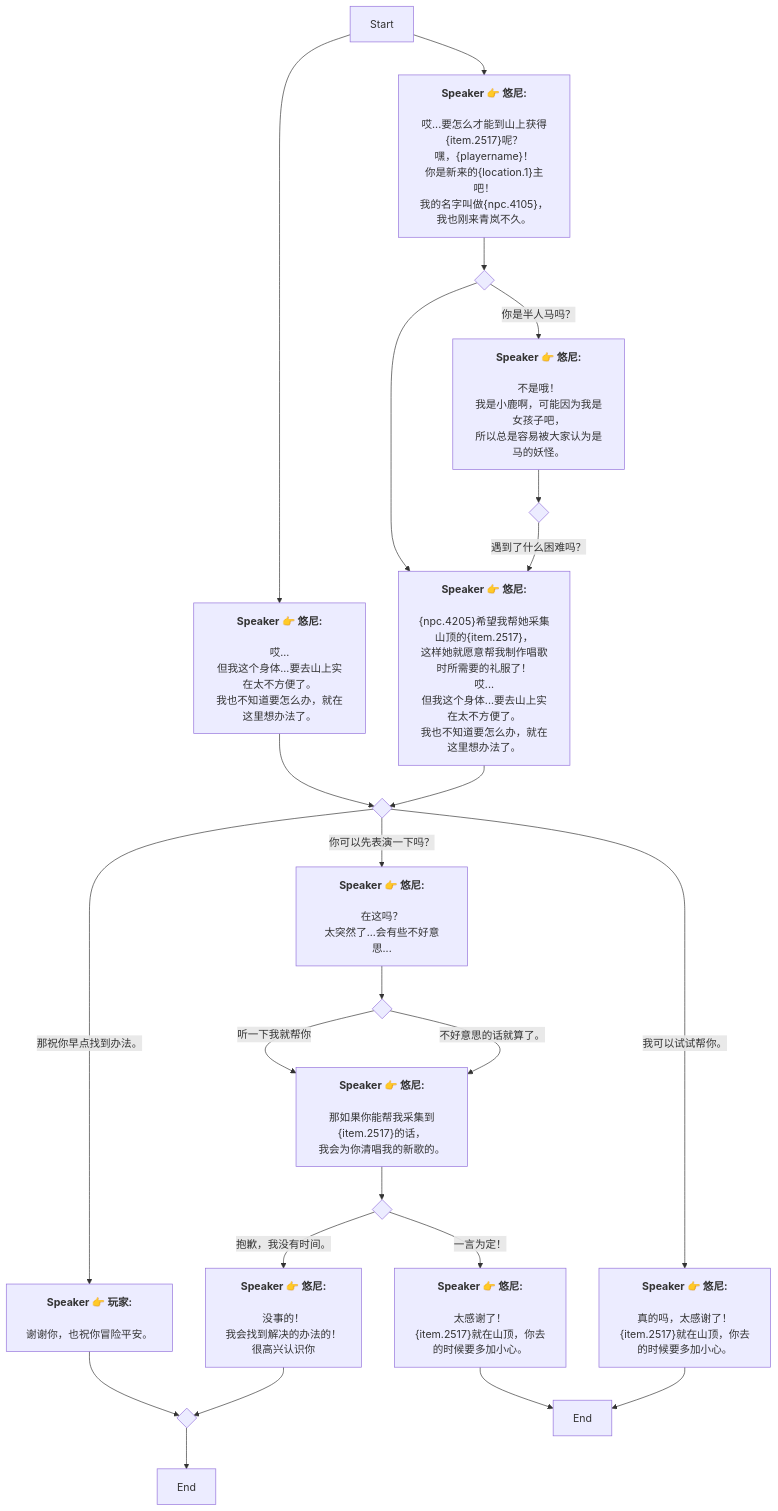
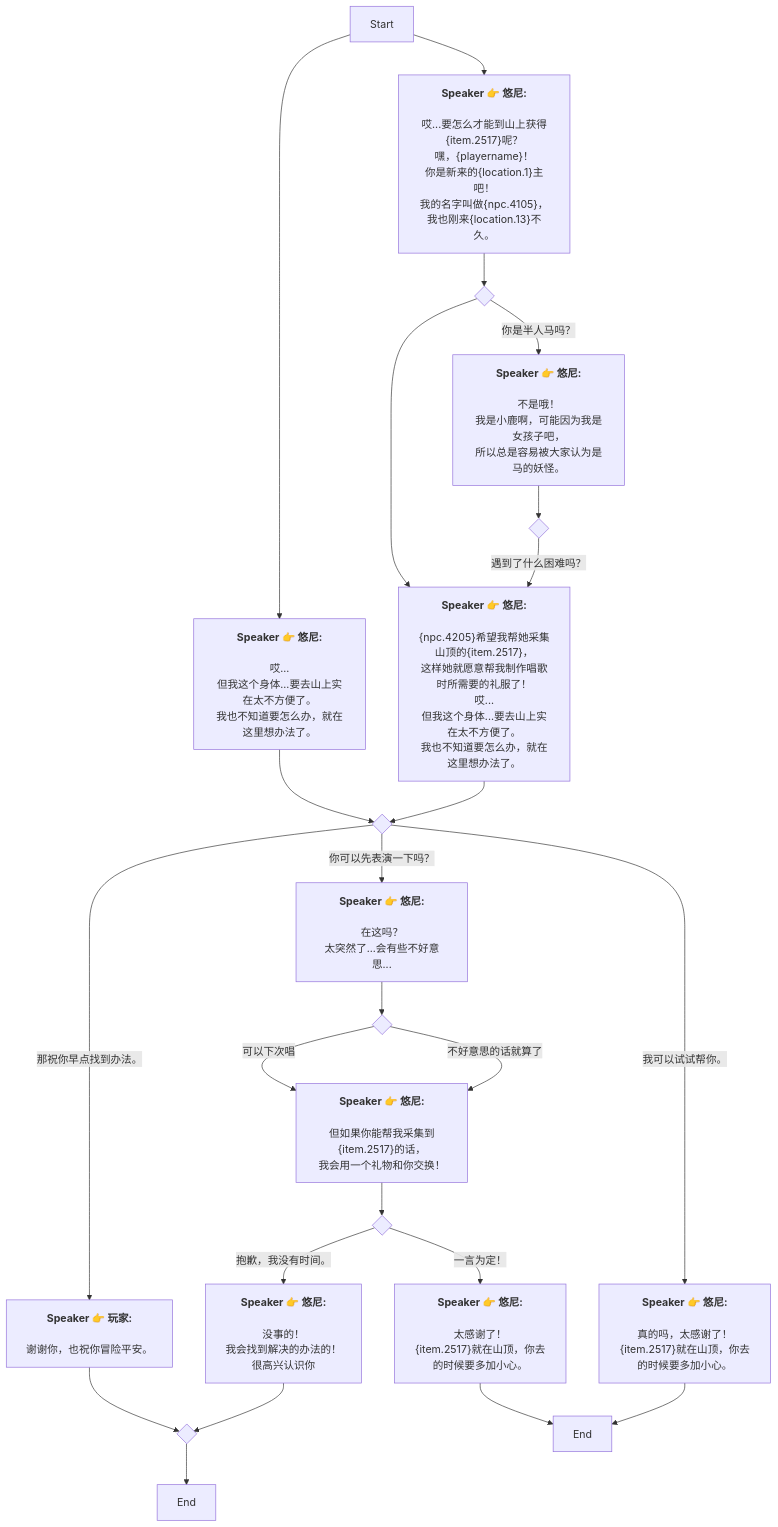
One commit to SoftHu/tos_avg changed the diagram in Zh/QuestTalkStarterNode_1738285557884075.md. Above: the diagram before and after it, drawn with Mermaid. The commit also changed 199 other files, not shown here.

````diff
--- a/Zh/QuestTalkStarterNode_1738285557884075.md
+++ b/Zh/QuestTalkStarterNode_1738285557884075.md
@@ -1,74 +1,73 @@
 ```mermaid
 graph
 Start -->1738287908723935[<b>Speaker 👉 悠尼:</b>
 
 哎...
 但我这个身体...要去山上实在太不方便了。
 我也不知道要怎么办，就在这里想办法了。]
 Start -->1738285999573172[<b>Speaker 👉 悠尼:</b>
 
 哎...要怎么才能到山上获得&lbrace;item.2517&rbrace;呢？
 嘿，&lbrace;playername&rbrace;！
 你是新来的&lbrace;location.1&rbrace;主吧！
-我的名字叫做&lbrace;npc.4105&rbrace;，我也刚来青岚不久。]
+我的名字叫做&lbrace;npc.4105&rbrace;，我也刚来&lbrace;location.13&rbrace;不久。]
 1738287908723935 -->1738287181983936{ }
 1738287181983936 -->|那祝你早点找到办法。 |1738287216834759[<b>Speaker 👉 玩家:</b>
 
-谢谢你，也祝你冒险平安。
-]
+谢谢你，也祝你冒险平安。]
 1738287181983936 -->|你可以先表演一下吗？ |1738287283890381[<b>Speaker 👉 悠尼:</b>
 
 在这吗？
 太突然了...会有些不好意思...]
 1738287181983936 -->|我可以试试帮你。 |1738287397582039[<b>Speaker 👉 悠尼:</b>
 
 真的吗，太感谢了！
 &lbrace;item.2517&rbrace;就在山顶，你去的时候要多加小心。]
 1738287216834759 -->1738287721382109{ }
 1738287721382109 -->1738288124658912[End]
 1738287283890381 -->1738287315975374{ }
-1738287315975374 -->|听一下我就帮你|1738287339132115[<b>Speaker 👉 悠尼:</b>
+1738287315975374 -->|可以下次唱|1738287339132115[<b>Speaker 👉 悠尼:</b>
 
-那如果你能帮我采集到&lbrace;item.2517&rbrace;的话，
-我会为你清唱我的新歌的。]
-1738287315975374 -->|不好意思的话就算了。|1738287339132115[<b>Speaker 👉 悠尼:</b>
+但如果你能帮我采集到&lbrace;item.2517&rbrace;的话，
+我会用一个礼物和你交换！]
+1738287315975374 -->|不好意思的话就算了|1738287339132115[<b>Speaker 👉 悠尼:</b>
 
-那如果你能帮我采集到&lbrace;item.2517&rbrace;的话，
-我会为你清唱我的新歌的。]
+但如果你能帮我采集到&lbrace;item.2517&rbrace;的话，
+我会用一个礼物和你交换！]
 1738287339132115 -->1738287369583828{ }
 1738287369583828 -->|一言为定！|1738287491991770[<b>Speaker 👉 悠尼:</b>
 
 太感谢了！
 &lbrace;item.2517&rbrace;就在山顶，你去的时候要多加小心。]
 1738287369583828 -->|抱歉，我没有时间。|1738287685928156[<b>Speaker 👉 悠尼:</b>
 
 没事的！
 我会找到解决的办法的！
 很高兴认识你]
 1738287491991770 -->1738287669031131[End]
 1738287685928156 -->1738287721382109{ }
 1738287397582039 -->1738287669031131[End]
 1738285999573172 -->1738286318511285{ }
 1738286318511285 -->|你是半人马吗？|1738286345339066[<b>Speaker 👉 悠尼:</b>
 
 不是哦！
 我是小鹿啊，可能因为我是女孩子吧，
 所以总是容易被大家认为是马的妖怪。]
 1738286318511285 -->1738286492721339[<b>Speaker 👉 悠尼:</b>
 
 &lbrace;npc.4205&rbrace;希望我帮她采集山顶的&lbrace;item.2517&rbrace;，
 这样她就愿意帮我制作唱歌时所需要的礼服了！
 哎...
 但我这个身体...要去山上实在太不方便了。
 我也不知道要怎么办，就在这里想办法了。]
 1738286345339066 -->1738287256420556{ }
 1738287256420556 -->|遇到了什么困难吗？|1738286492721339[<b>Speaker 👉 悠尼:</b>
 
 &lbrace;npc.4205&rbrace;希望我帮她采集山顶的&lbrace;item.2517&rbrace;，
 这样她就愿意帮我制作唱歌时所需要的礼服了！
 哎...
 但我这个身体...要去山上实在太不方便了。
 我也不知道要怎么办，就在这里想办法了。]
 1738286492721339 -->1738287181983936{ }
 
  ```
````
